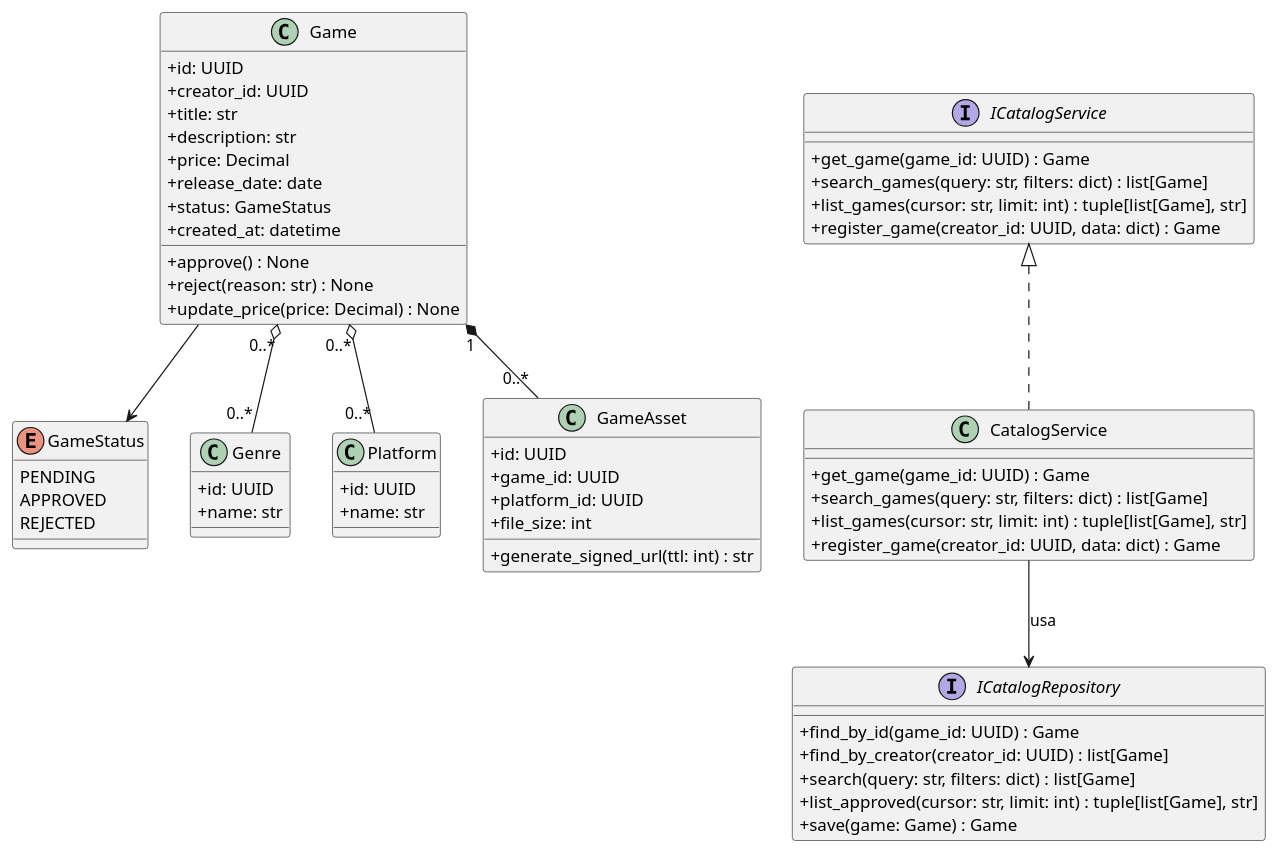
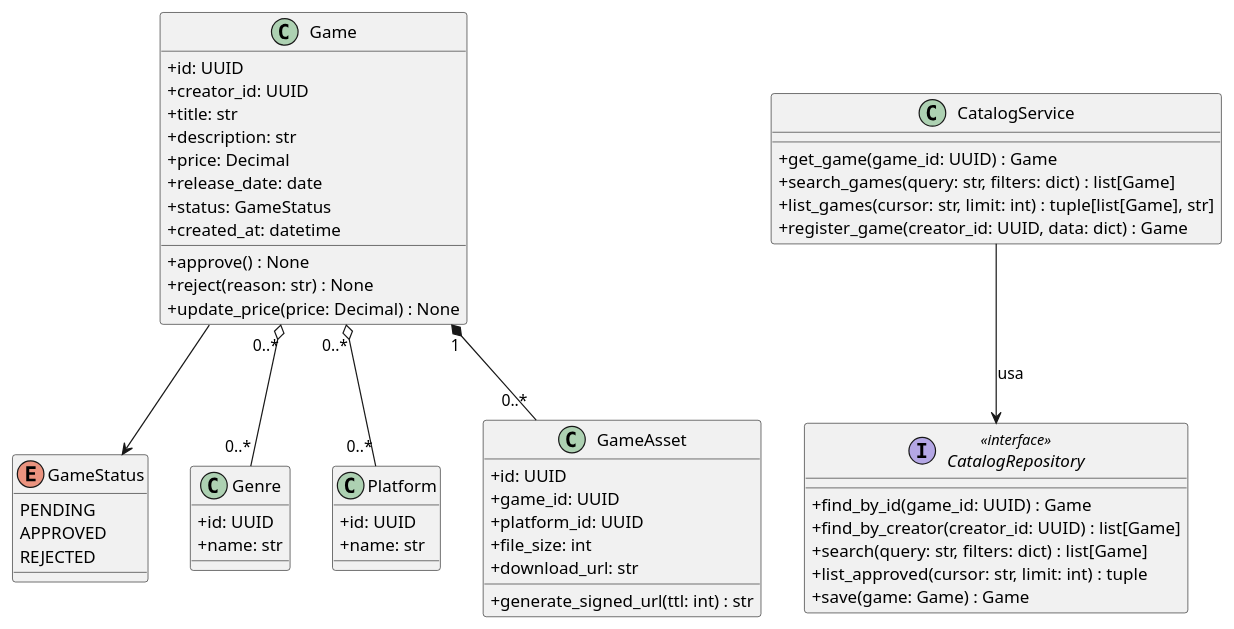
One commit to osantana/a3-ms changed diagram 11 of 14 in projeto-vapor.adoc. Above: the diagram before and after it, drawn with PlantUML. The commit also changed other lines of this file and 33 other files, not shown here.

```diff
--- a/projeto-vapor.adoc
+++ b/projeto-vapor.adoc
@@ -708,73 +832,66 @@
-[plantuml, pdfwidth=90%]
+[plantuml, pdfwidth=65%]
 ----
 @startuml
 skinparam classAttributeIconSize 0
 
 enum GameStatus {
   PENDING
   APPROVED
   REJECTED
 }
 
 class Game {
   + id: UUID
   + creator_id: UUID
   + title: str
   + description: str
   + price: Decimal
   + release_date: date
   + status: GameStatus
   + created_at: datetime
   + approve() : None
   + reject(reason: str) : None
   + update_price(price: Decimal) : None
 }
 
 class Genre {
   + id: UUID
   + name: str
 }
 
 class Platform {
   + id: UUID
   + name: str
 }
 
 class GameAsset {
   + id: UUID
   + game_id: UUID
   + platform_id: UUID
   + file_size: int
+  + download_url: str
   + generate_signed_url(ttl: int) : str
 }
 
-interface ICatalogRepository {
+interface CatalogRepository <<interface>> {
   + find_by_id(game_id: UUID) : Game
   + find_by_creator(creator_id: UUID) : list[Game]
   + search(query: str, filters: dict) : list[Game]
-  + list_approved(cursor: str, limit: int) : tuple[list[Game], str]
+  + list_approved(cursor: str, limit: int) : tuple
   + save(game: Game) : Game
-}
-
-interface ICatalogService {
-  + get_game(game_id: UUID) : Game
-  + search_games(query: str, filters: dict) : list[Game]
-  + list_games(cursor: str, limit: int) : tuple[list[Game], str]
-  + register_game(creator_id: UUID, data: dict) : Game
 }
 
 class CatalogService {
   + get_game(game_id: UUID) : Game
   + search_games(query: str, filters: dict) : list[Game]
   + list_games(cursor: str, limit: int) : tuple[list[Game], str]
   + register_game(creator_id: UUID, data: dict) : Game
 }
 
 Game --> GameStatus
 Game "1" *-- "0..*" GameAsset
 Game "0..*" o-- "0..*" Genre
 Game "0..*" o-- "0..*" Platform
-ICatalogService <|.. CatalogService
-CatalogService --> ICatalogRepository : usa
+CatalogService --> CatalogRepository : usa
 @enduml
 ----
```
